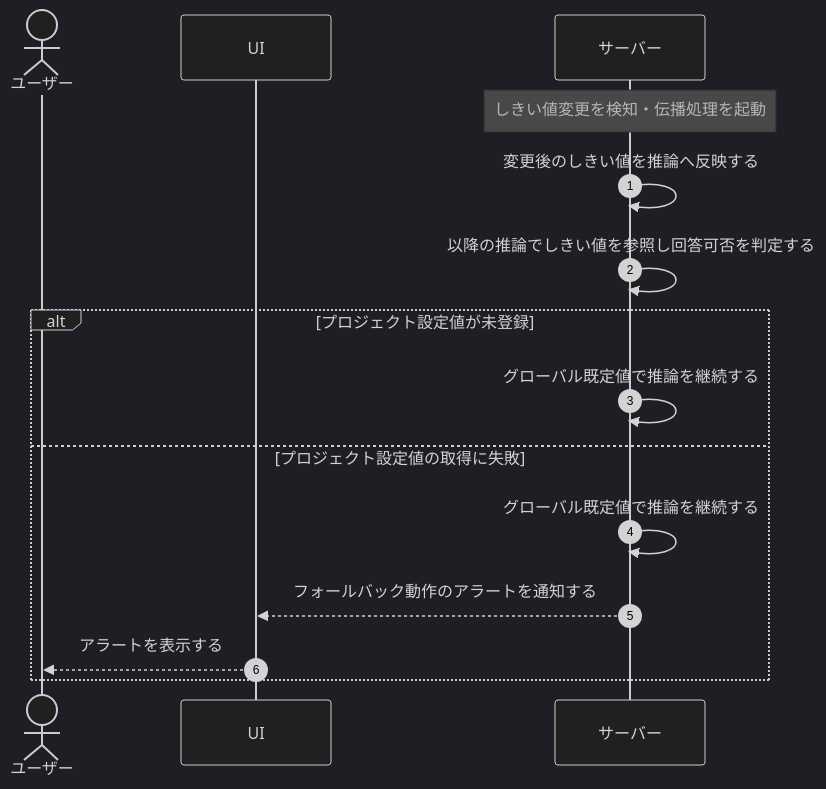
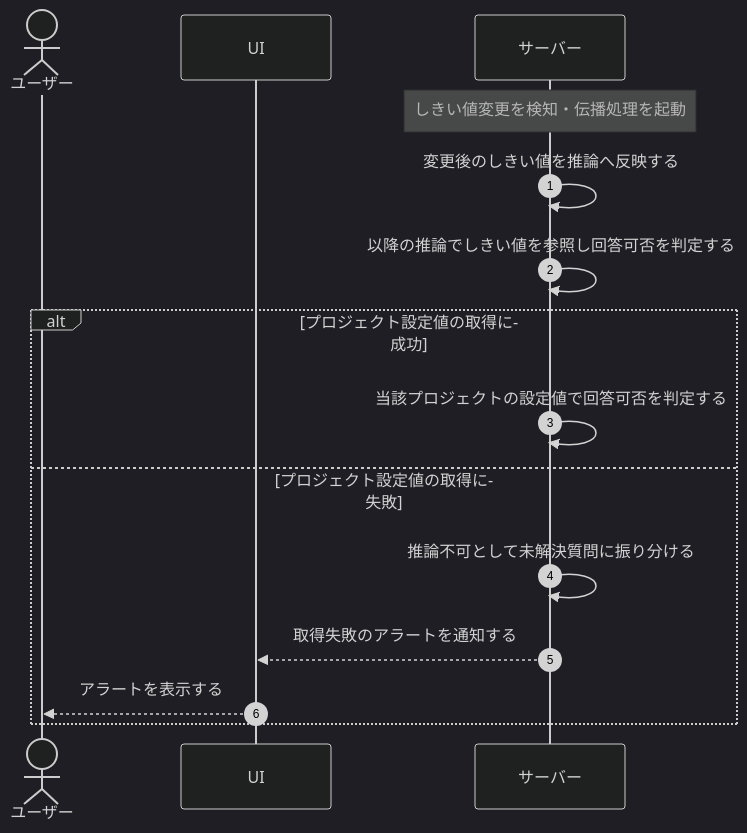
One commit to sikakou54/open-faq changed the diagram in 01_requirements/04_business_usecases/UC-047.md. Above: the diagram before and after it, drawn with Mermaid (dark theme). The commit also changed other lines of this file and 32 other files, not shown here.

````diff
--- a/01_requirements/04_business_usecases/UC-047.md
+++ b/01_requirements/04_business_usecases/UC-047.md
@@ -27,19 +27,19 @@
 ```mermaid
 sequenceDiagram
   autonumber
   actor U as ユーザー
   participant UI as UI
   participant S as サーバー
 
   Note over S: しきい値変更を検知・伝播処理を起動
   S->>S: 変更後のしきい値を推論へ反映する
   S->>S: 以降の推論でしきい値を参照し回答可否を判定する
 
-  alt プロジェクト設定値が未登録
-    S->>S: グローバル既定値で推論を継続する
+  alt プロジェクト設定値の取得に成功
+    S->>S: 当該プロジェクトの設定値で回答可否を判定する
   else プロジェクト設定値の取得に失敗
-    S->>S: グローバル既定値で推論を継続する
-    S-->>UI: フォールバック動作のアラートを通知する
+    S->>S: 推論不可として未解決質問に振り分ける
+    S-->>UI: 取得失敗のアラートを通知する
     UI-->>U: アラートを表示する
   end
 ```
````
